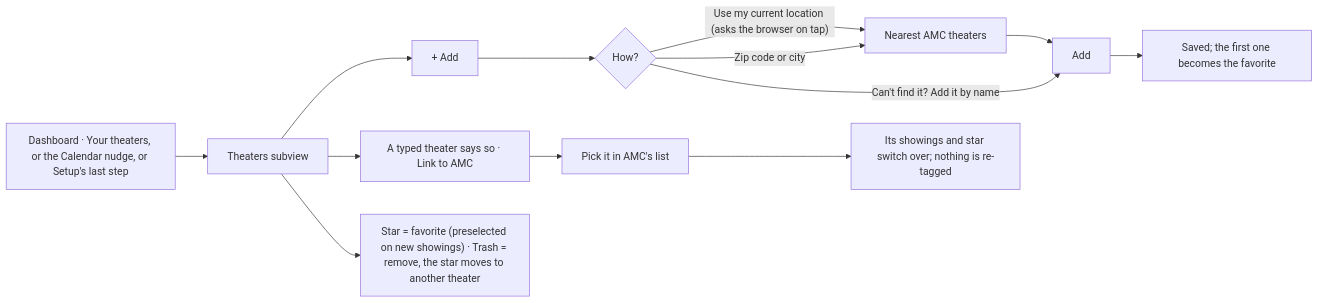
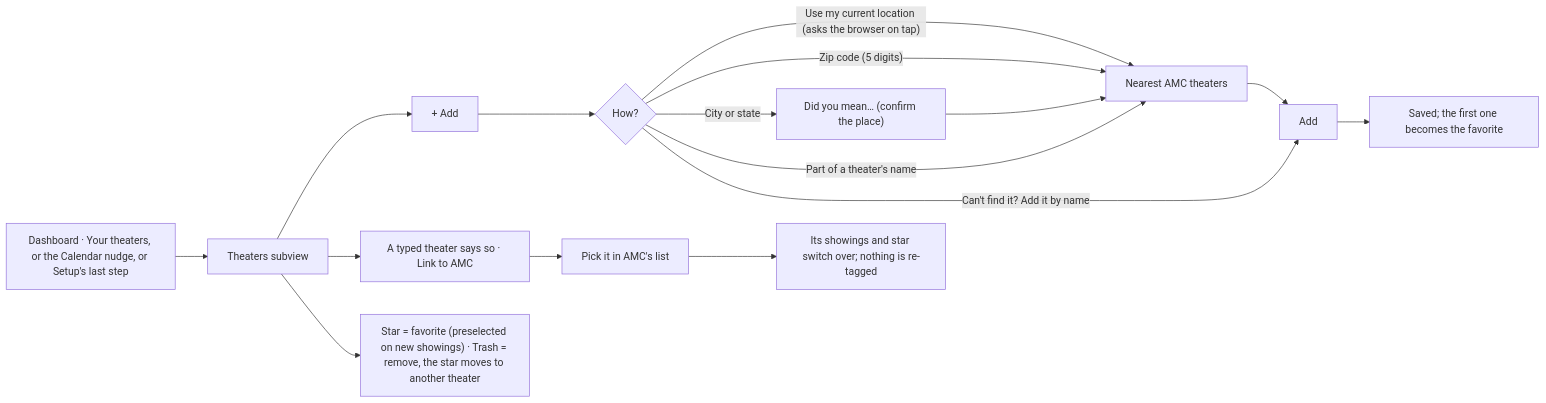
One commit to NovaMoonX/moondreams-dev-apps changed diagram 24 of 25 in src/apps/a-list/UX.md. Above: the diagram before and after it, drawn with Mermaid. The commit also changed 15 other files, not shown here.

Commit message:
Theater search: confirm cities and states first, find theaters by name, check zip codes up front, tidy AMC's data, and keep every row's chip and actions pinned to the top

````diff
--- a/src/apps/a-list/UX.md
+++ b/src/apps/a-list/UX.md
@@ -672,11 +672,13 @@
 ```mermaid
 flowchart LR
     A["Dashboard · Your theaters, or the Calendar nudge, or Setup's last step"] --> B[Theaters subview]
     B --> C["+ Add"] --> D{How?}
     D -->|"Use my current location (asks the browser on tap)"| E[Nearest AMC theaters]
-    D -->|Zip code or city| E
+    D -->|"Zip code (5 digits)"| E
+    D -->|"City or state"| P["Did you mean… (confirm the place)"] --> E
+    D -->|"Part of a theater's name"| E
     D -->|"Can't find it? Add it by name"| F
     B --> L["A typed theater says so · Link to AMC"] --> E2["Pick it in AMC's list"] --> M["Its showings and star switch over; nothing is re-tagged"]
     E --> F["Add"] --> G["Saved; the first one becomes the favorite"]
     B --> H["Star = favorite (preselected on new showings) · Trash = remove, the star moves to another theater"]
 ```
````
